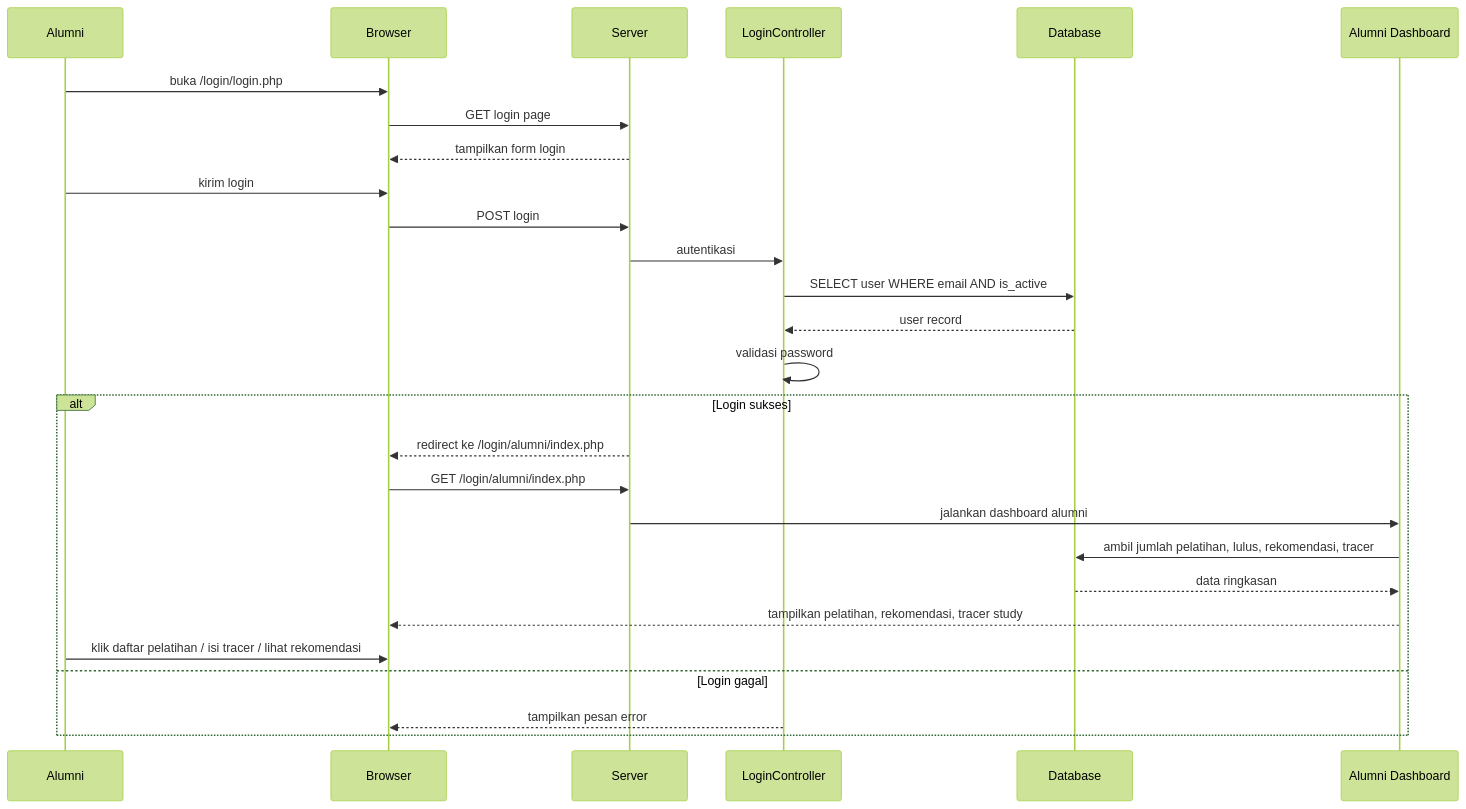
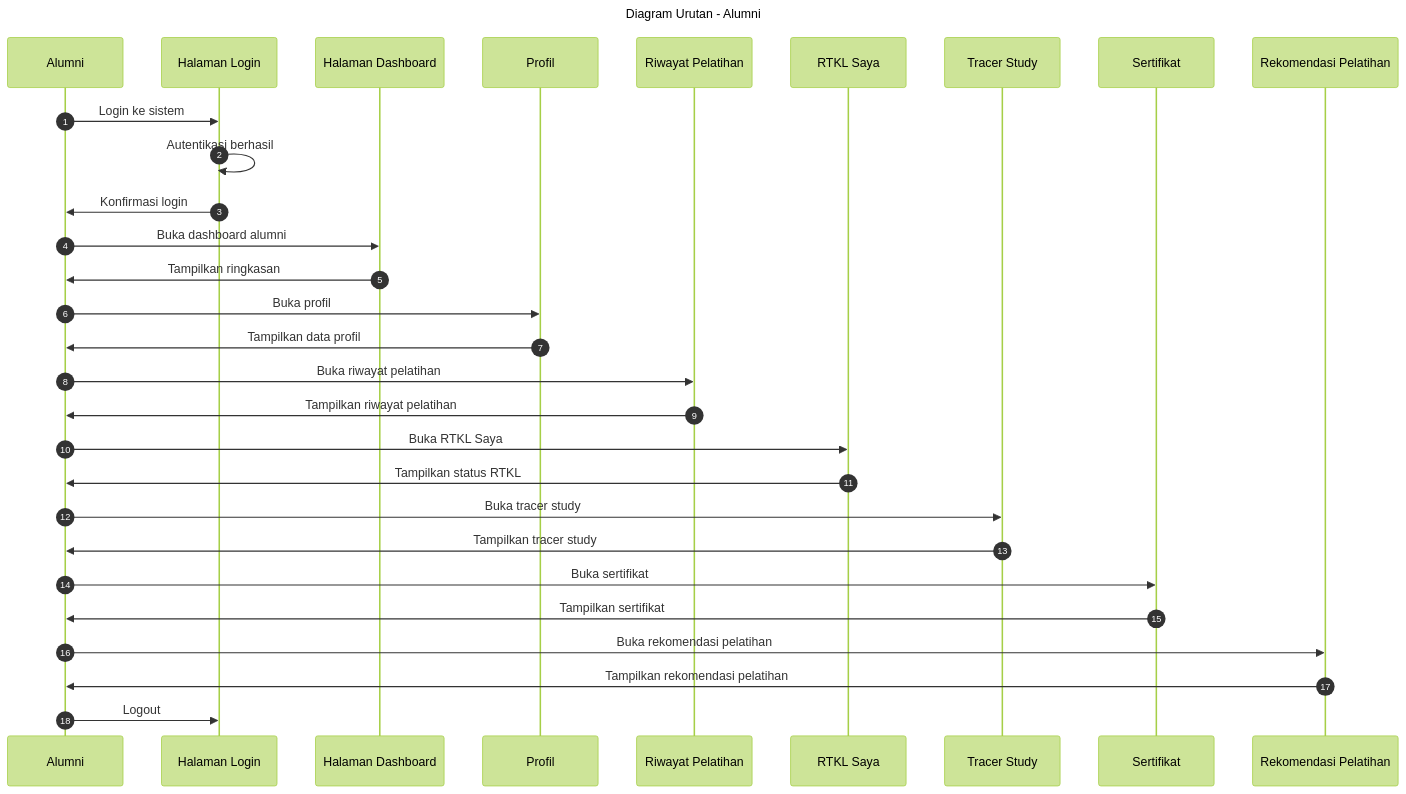
One commit to hafiz4m1/SISTEM_INFORMASI_MANAJEMEN_PELATIHAN_DAN_ALUMNI changed the diagram in diagram/alumni_sequence.mmd. Above: the diagram before and after it, drawn with Mermaid (forest theme). The commit also changed 47 other files, not shown here.

```diff
--- a/diagram/alumni_sequence.mmd
+++ b/diagram/alumni_sequence.mmd
@@ -1,28 +1,32 @@
 sequenceDiagram
-    participant Alumni
-    participant Browser
-    participant Server
-    participant LoginController as LoginController
-    participant Database as Database
-    participant AlumniDashboard as Alumni Dashboard
+    %% Alumni sequence diagram
+    title Diagram Urutan - Alumni
+    autonumber
+    participant Alumni as Alumni
+    participant HalamanLogin as Halaman Login
+    participant HalamanDashboard as Halaman Dashboard
+    participant HalamanProfile as Profil
+    participant HalamanRiwayat as Riwayat Pelatihan
+    participant HalamanRTKL as RTKL Saya
+    participant HalamanTracer as Tracer Study
+    participant HalamanSertifikat as Sertifikat
+    participant HalamanRekomendasi as Rekomendasi Pelatihan
 
-    Alumni ->> Browser: buka /login/login.php
-    Browser ->> Server: GET login page
-    Server -->> Browser: tampilkan form login
-    Alumni ->> Browser: kirim login
-    Browser ->> Server: POST login
-    Server ->> LoginController: autentikasi
-    LoginController ->> Database: SELECT user WHERE email AND is_active
-    Database -->> LoginController: user record
-    LoginController ->> LoginController: validasi password
-    alt Login sukses
-        Server -->> Browser: redirect ke /login/alumni/index.php
-        Browser ->> Server: GET /login/alumni/index.php
-        Server ->> AlumniDashboard: jalankan dashboard alumni
-        AlumniDashboard ->> Database: ambil jumlah pelatihan, lulus, rekomendasi, tracer
-        Database -->> AlumniDashboard: data ringkasan
-        AlumniDashboard -->> Browser: tampilkan pelatihan, rekomendasi, tracer study
-        Alumni ->> Browser: klik daftar pelatihan / isi tracer / lihat rekomendasi
-    else Login gagal
-        LoginController -->> Browser: tampilkan pesan error
-    end
+    Alumni ->> HalamanLogin: Login ke sistem
+    HalamanLogin ->> HalamanLogin: Autentikasi berhasil
+    HalamanLogin ->> Alumni: Konfirmasi login
+    Alumni ->> HalamanDashboard: Buka dashboard alumni
+    HalamanDashboard ->> Alumni: Tampilkan ringkasan
+    Alumni ->> HalamanProfile: Buka profil
+    HalamanProfile ->> Alumni: Tampilkan data profil
+    Alumni ->> HalamanRiwayat: Buka riwayat pelatihan
+    HalamanRiwayat ->> Alumni: Tampilkan riwayat pelatihan
+    Alumni ->> HalamanRTKL: Buka RTKL Saya
+    HalamanRTKL ->> Alumni: Tampilkan status RTKL
+    Alumni ->> HalamanTracer: Buka tracer study
+    HalamanTracer ->> Alumni: Tampilkan tracer study
+    Alumni ->> HalamanSertifikat: Buka sertifikat
+    HalamanSertifikat ->> Alumni: Tampilkan sertifikat
+    Alumni ->> HalamanRekomendasi: Buka rekomendasi pelatihan
+    HalamanRekomendasi ->> Alumni: Tampilkan rekomendasi pelatihan
+    Alumni ->> HalamanLogin: Logout
```
